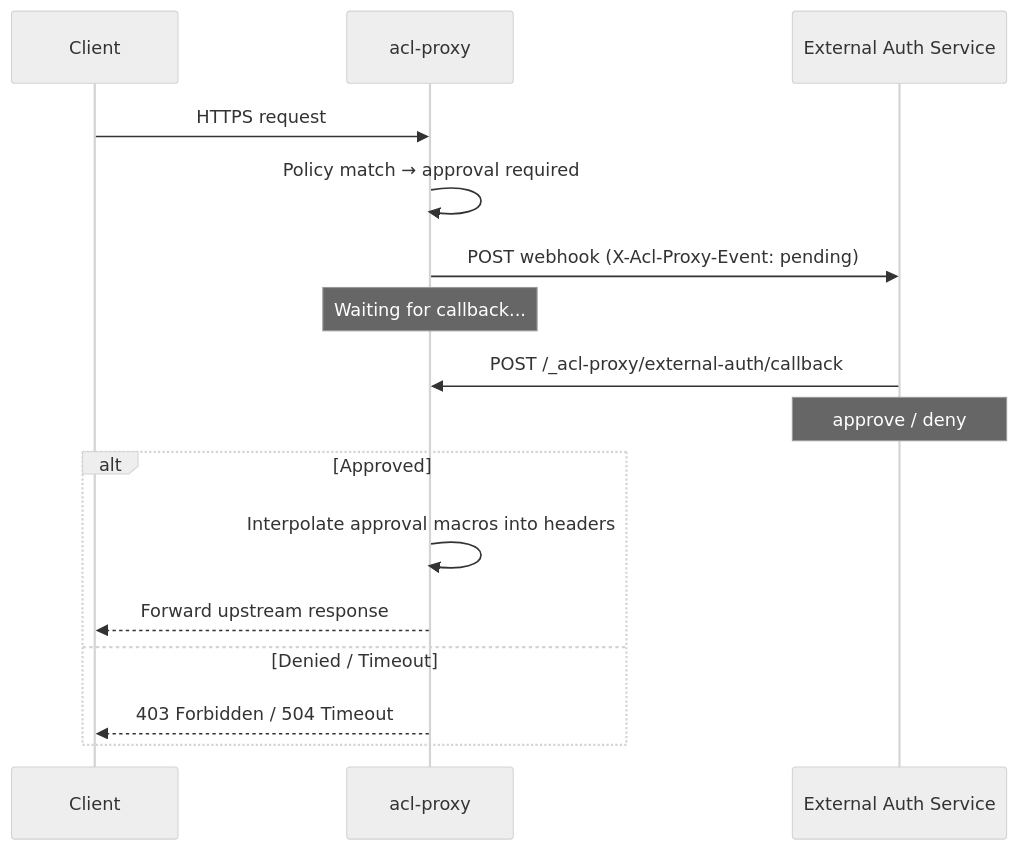
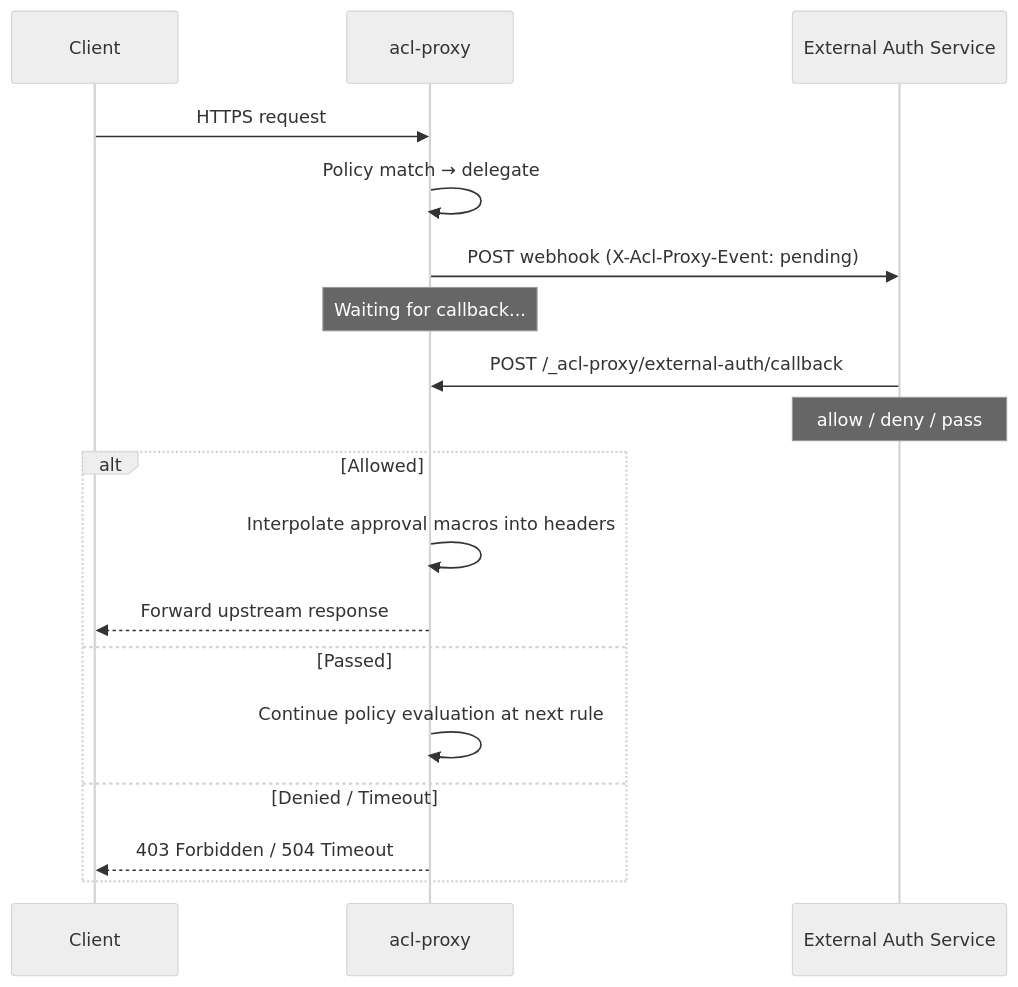
Before and after one commit to kcosr/acl-proxy: the third of 4 diagrams in README.md, drawn with Mermaid (neutral theme). The commit also changed other lines of this file and 17 other files, not shown here.

Commit message:
Add delegate policy action

````diff
--- a/README.md
+++ b/README.md
@@ -786,19 +795,21 @@
 ```mermaid
 sequenceDiagram
     participant Client
     participant Proxy as acl-proxy
     participant Approver as External Auth Service
 
     Client->>Proxy: HTTPS request
-    Proxy->>Proxy: Policy match → approval required
+    Proxy->>Proxy: Policy match → delegate
     Proxy->>Approver: POST webhook (X-Acl-Proxy-Event: pending)
     Note over Proxy: Waiting for callback...
     Approver->>Proxy: POST /_acl-proxy/external-auth/callback
-    Note over Approver: approve / deny
-    alt Approved
+    Note over Approver: allow / deny / pass
+    alt Allowed
         Proxy->>Proxy: Interpolate approval macros into headers
         Proxy-->>Client: Forward upstream response
+    else Passed
+        Proxy->>Proxy: Continue policy evaluation at next rule
     else Denied / Timeout
         Proxy-->>Client: 403 Forbidden / 504 Timeout
     end
 ```
````
